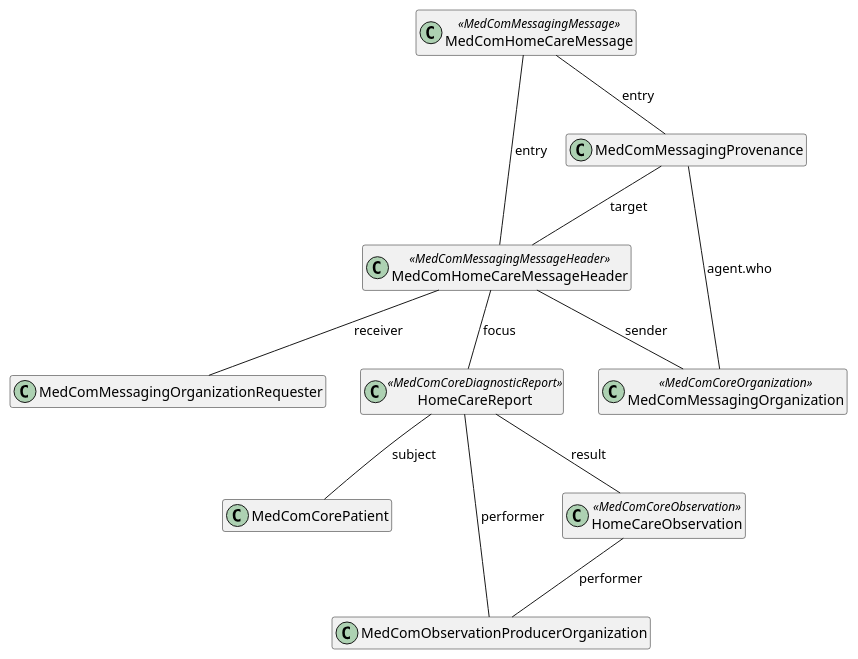
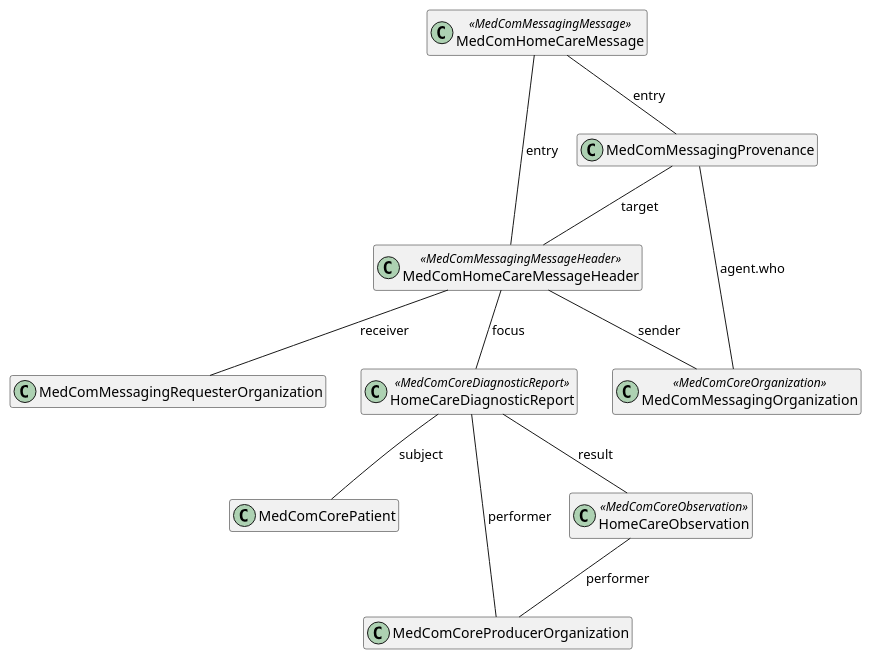
The diagram in puml/HomeCareObservartionMessage.puml (medcomdk/dk_MunicipalityObservationResults), drawn with PlantUML before and after one commit. The commit also changed 22 other files, not shown here.

```diff
--- a/puml/HomeCareObservartionMessage.puml
+++ b/puml/HomeCareObservartionMessage.puml
@@ -1,32 +1,32 @@
 @startuml HomeCareObservationMessage
 
 hide empty members
 
 top to bottom direction
 
 class "MedComHomeCareMessage" as message <<MedComMessagingMessage>>
 class "MedComHomeCareMessageHeader" as messageheader <<MedComMessagingMessageHeader>>
 class "MedComMessagingProvenance" as provenance
 class "MedComMessagingOrganization" as messagingOrganization <<MedComCoreOrganization>>
-class "MedComMessagingOrganizationRequester" as observationRequester 
+class "MedComMessagingRequesterOrganization" as observationRequester 
 class "MedComCorePatient" as patient
-class "MedComObservationProducerOrganization" as organization
+class "MedComCoreProducerOrganization" as organization
 ' class "MedComCorePractitioner" as author
-class "HomeCareReport" as diagnosticReport <<MedComCoreDiagnosticReport>>
+class "HomeCareDiagnosticReport" as diagnosticReport <<MedComCoreDiagnosticReport>>
 class "HomeCareObservation" as coreobservation <<MedComCoreObservation>>
 
 message -- messageheader : "entry"
 messageheader -- diagnosticReport : "focus"
 message -- provenance : "entry"
 provenance -- messageheader : "target" 
 provenance -- messagingOrganization : "agent.who"
 diagnosticReport -- patient : "subject"
 diagnosticReport -- organization: "performer"
 diagnosticReport -- coreobservation : "result"
 coreobservation -- organization:"performer"
 
 
 messageheader -- observationRequester : "receiver"
 messageheader -- messagingOrganization : "sender"
 
 @enduml
```
